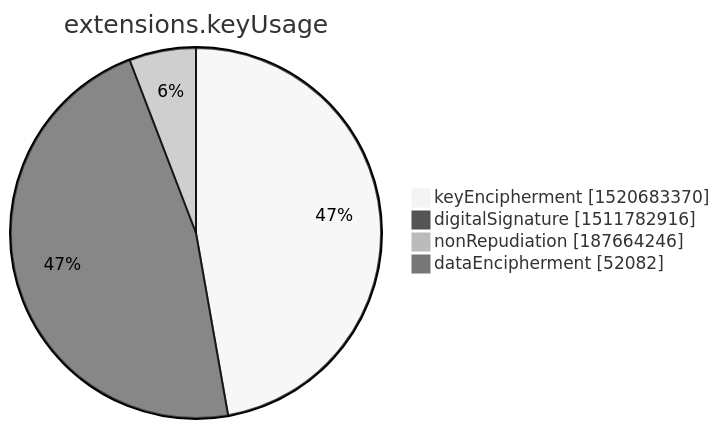
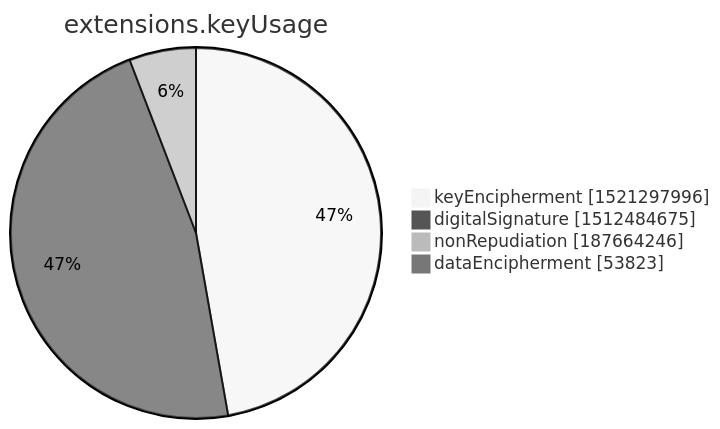
One commit to christiankrug/ctmonitor_visualization changed the seventh of 15 diagrams in xenon2022/README.md. Above: the diagram before and after it, drawn with Mermaid (neutral theme). The commit also changed other lines of this file, not shown here.

````diff
--- a/xenon2022/README.md
+++ b/xenon2022/README.md
@@ -2846,8 +2846,8 @@
 ```mermaid
 pie showData
 title extensions.keyUsage
-"keyEncipherment" :1520683370
-"digitalSignature" :1511782916
+"keyEncipherment" :1521297996
+"digitalSignature" :1512484675
 "nonRepudiation" :187664246
-"dataEncipherment" :52082
+"dataEncipherment" :53823
 ```
````
